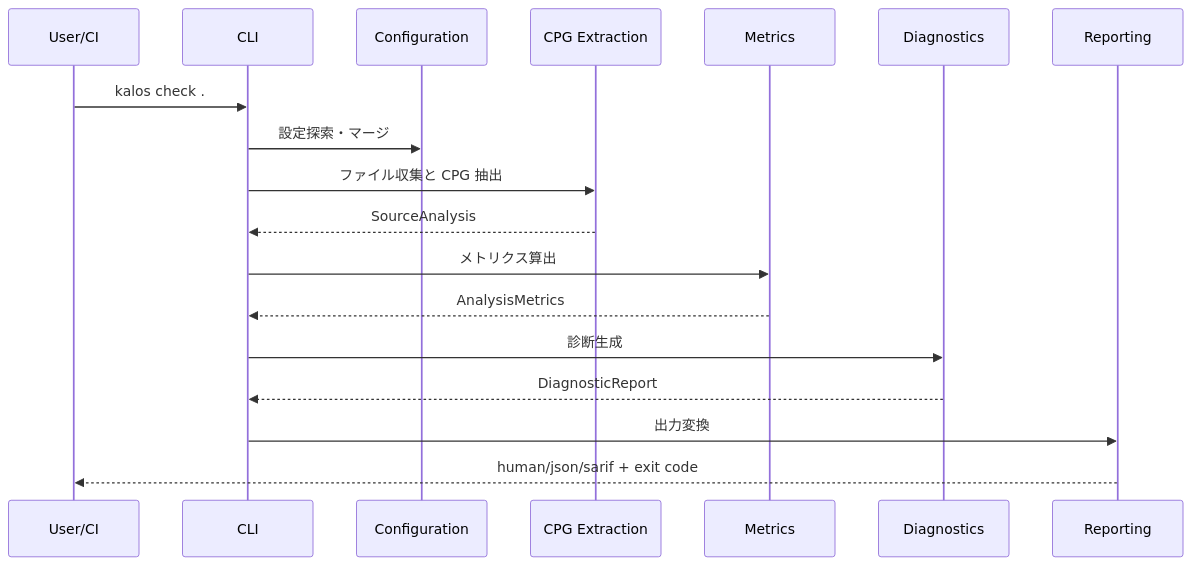
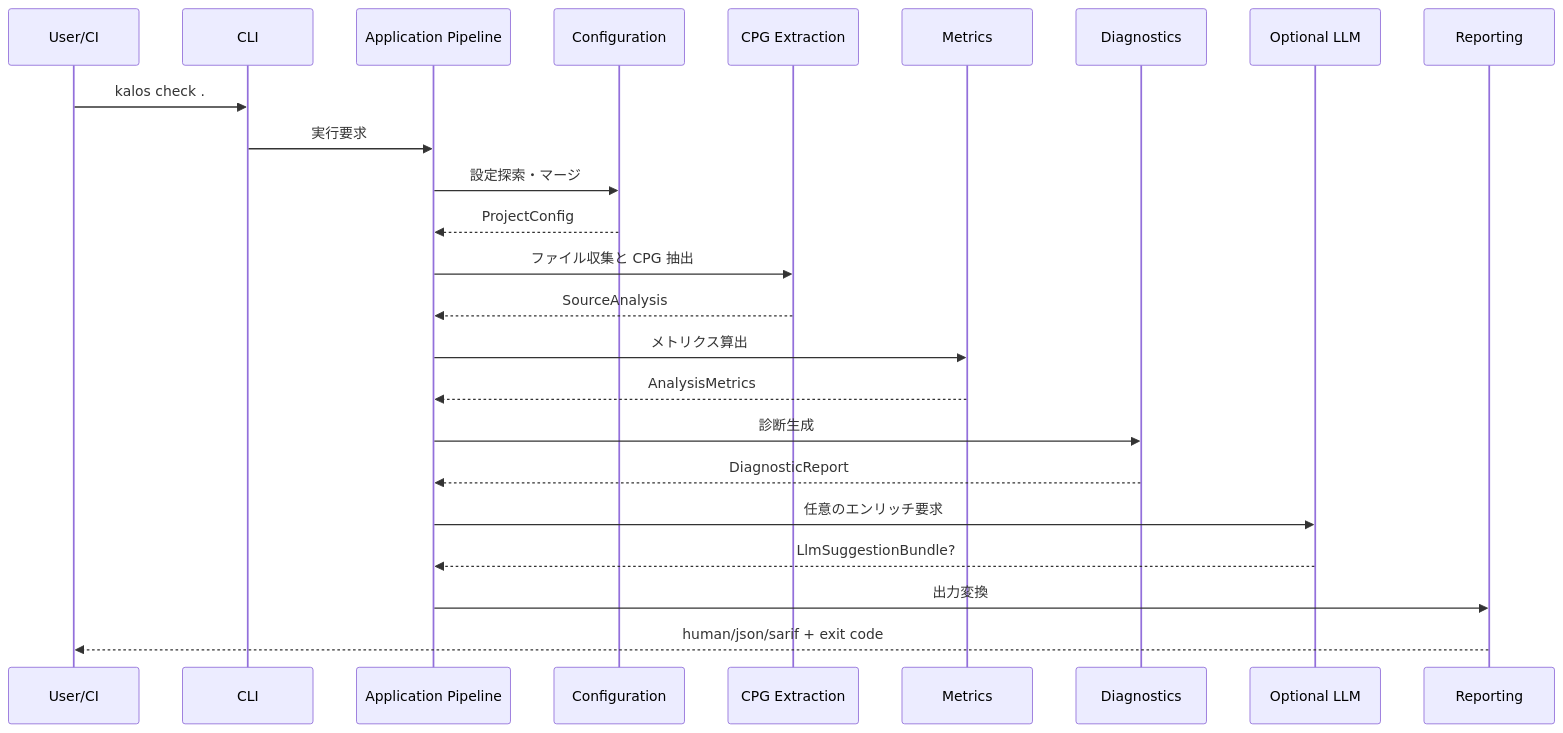
The third of 4 diagrams in docs/architecture.md (RK0429/kalos), drawn with Mermaid before and after one commit. The commit also changed other lines of this file and 7 other files, not shown here.

Commit message:
chore: Update architecture, domain model, and requirements documents to version 0.2.0, reflecting recent changes in input files, design goals, and metrics definitions

````diff
--- a/docs/architecture.md
+++ b/docs/architecture.md
@@ -234,21 +237,27 @@
 ```mermaid
 sequenceDiagram
     participant U as User/CI
     participant CLI as CLI
+    participant APP as Application Pipeline
     participant CFG as Configuration
     participant CPG as CPG Extraction
     participant M as Metrics
     participant D as Diagnostics
+    participant LLM as Optional LLM
     participant R as Reporting
 
     U->>CLI: kalos check .
-    CLI->>CFG: 設定探索・マージ
-    CLI->>CPG: ファイル収集と CPG 抽出
-    CPG-->>CLI: SourceAnalysis
-    CLI->>M: メトリクス算出
-    M-->>CLI: AnalysisMetrics
-    CLI->>D: 診断生成
-    D-->>CLI: DiagnosticReport
-    CLI->>R: 出力変換
+    CLI->>APP: 実行要求
+    APP->>CFG: 設定探索・マージ
+    CFG-->>APP: ProjectConfig
+    APP->>CPG: ファイル収集と CPG 抽出
+    CPG-->>APP: SourceAnalysis
+    APP->>M: メトリクス算出
+    M-->>APP: AnalysisMetrics
+    APP->>D: 診断生成
+    D-->>APP: DiagnosticReport
+    APP->>LLM: 任意のエンリッチ要求
+    LLM-->>APP: LlmSuggestionBundle?
+    APP->>R: 出力変換
     R-->>U: human/json/sarif + exit code
 ```
````
